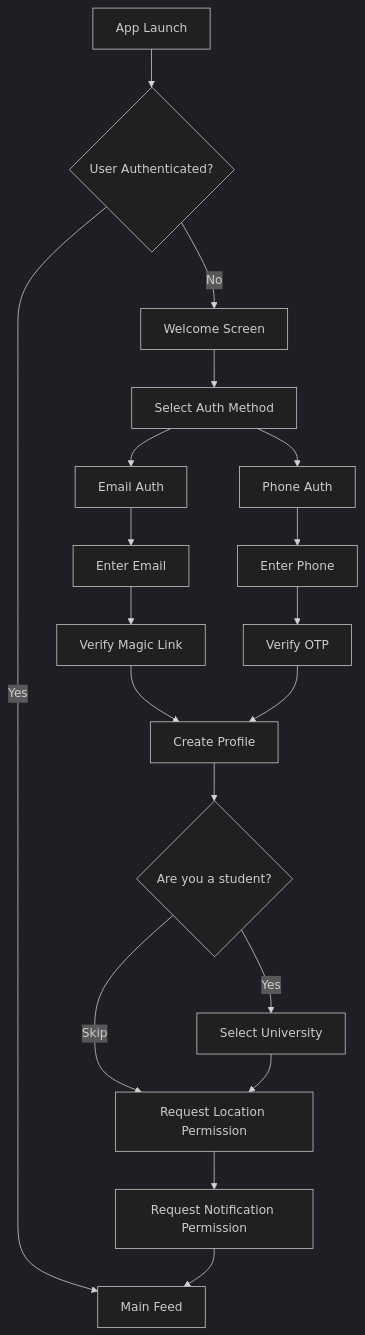
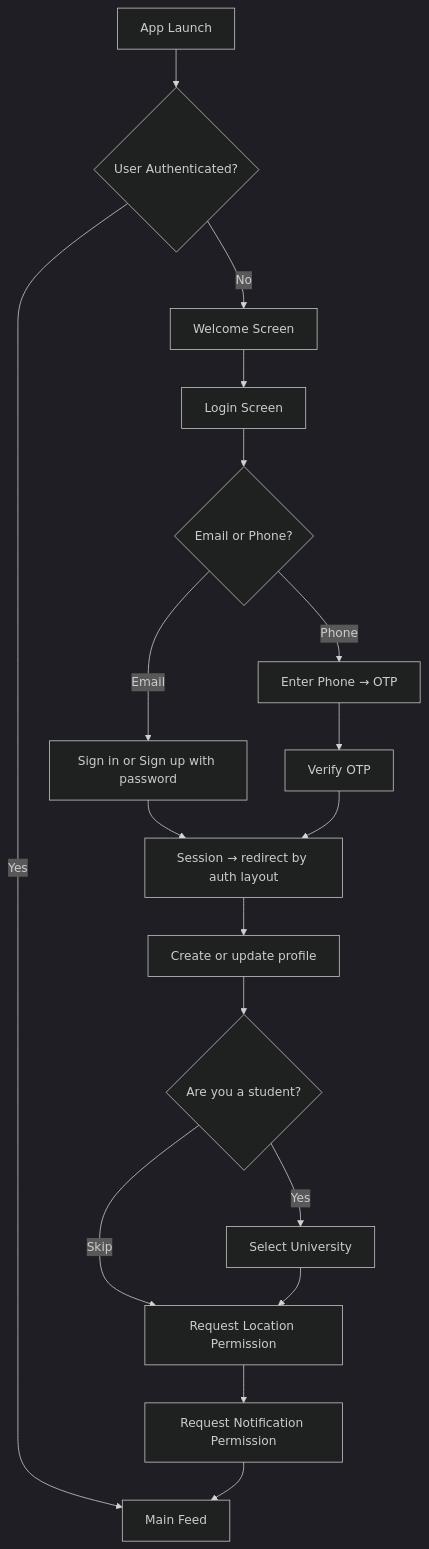
Before and after one commit to rahimr21/jamaat-app: the first of 3 diagrams in docs/APP_FLOW.md, drawn with Mermaid (dark theme). The commit also changed other lines of this file and 11 other files, not shown here.

````diff
--- a/docs/APP_FLOW.md
+++ b/docs/APP_FLOW.md
@@ -33,21 +39,19 @@
 ```mermaid
 graph TD
     A[App Launch] --> B{User Authenticated?}
     B -->|No| C[Welcome Screen]
     B -->|Yes| D[Main Feed]
-    C --> E[Select Auth Method]
-    E --> F[Email Auth]
-    E --> G[Phone Auth]
-    F --> H[Enter Email]
-    G --> I[Enter Phone]
-    H --> J[Verify Magic Link]
-    I --> K[Verify OTP]
-    J --> L[Create Profile]
-    K --> L
-    L --> M{Are you a student?}
-    M -->|Yes| N[Select University]
-    M -->|Skip| O[Request Location Permission]
-    N --> O
-    O --> P[Request Notification Permission]
-    P --> D[Main Feed]
+    C --> E[Login Screen]
+    E --> F{Email or Phone?}
+    F -->|Email| G[Sign in or Sign up with password]
+    F -->|Phone| H[Enter Phone → OTP]
+    G --> I[Session → redirect by auth layout]
+    H --> J[Verify OTP] --> I
+    I --> K[Create or update profile]
+    K --> L{Are you a student?}
+    L -->|Yes| M[Select University]
+    L -->|Skip| N[Request Location Permission]
+    M --> N
+    N --> O[Request Notification Permission]
+    O --> D[Main Feed]
 ```
````
